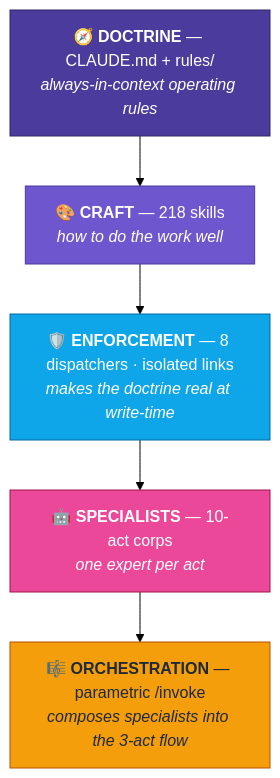
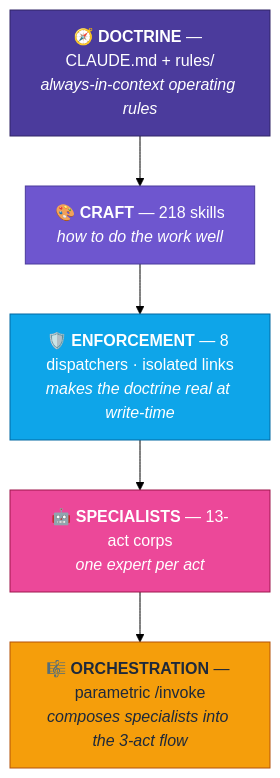
One commit to AjayIrkal23/agentic-mercy-10x changed the fifth of 5 diagrams in README.md. Above: the diagram before and after it, drawn with Mermaid (forest theme). The commit also changed other lines of this file and 16 other files, not shown here.

````diff
--- a/README.md
+++ b/README.md
@@ -491,15 +491,15 @@
 ```mermaid
 flowchart TD
     L1["🧭 <b>DOCTRINE</b> — CLAUDE.md + rules/<br/><i>always-in-context operating rules</i>"]:::l1
     L2["🎨 <b>CRAFT</b> — 218 skills<br/><i>how to do the work well</i>"]:::l2
     L3["🛡️ <b>ENFORCEMENT</b> — 8 dispatchers · isolated links<br/><i>makes the doctrine real at write-time</i>"]:::l3
-    L4["🤖 <b>SPECIALISTS</b> — 10-act corps<br/><i>one expert per act</i>"]:::l4
+    L4["🤖 <b>SPECIALISTS</b> — 13-act corps<br/><i>one expert per act</i>"]:::l4
     L5["🎼 <b>ORCHESTRATION</b> — parametric /invoke<br/><i>composes specialists into the 3-act flow</i>"]:::l5
     L1 --> L2 --> L3 --> L4 --> L5
 
     classDef l1 fill:#4B3B9C,stroke:#312566,color:#fff
     classDef l2 fill:#6E56CF,stroke:#4B3B9C,color:#fff
     classDef l3 fill:#0EA5E9,stroke:#0369A1,color:#fff
     classDef l4 fill:#EC4899,stroke:#9D174D,color:#fff
     classDef l5 fill:#F59E0B,stroke:#B45309,color:#1E293B
 ```
````
